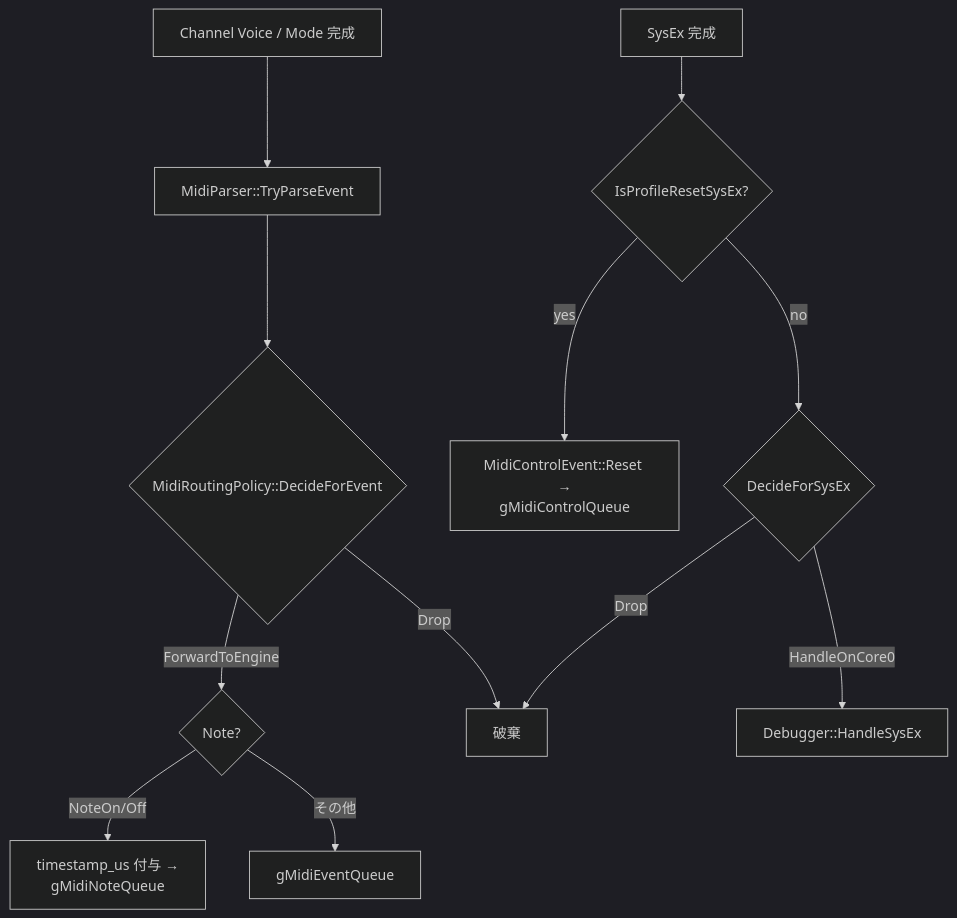
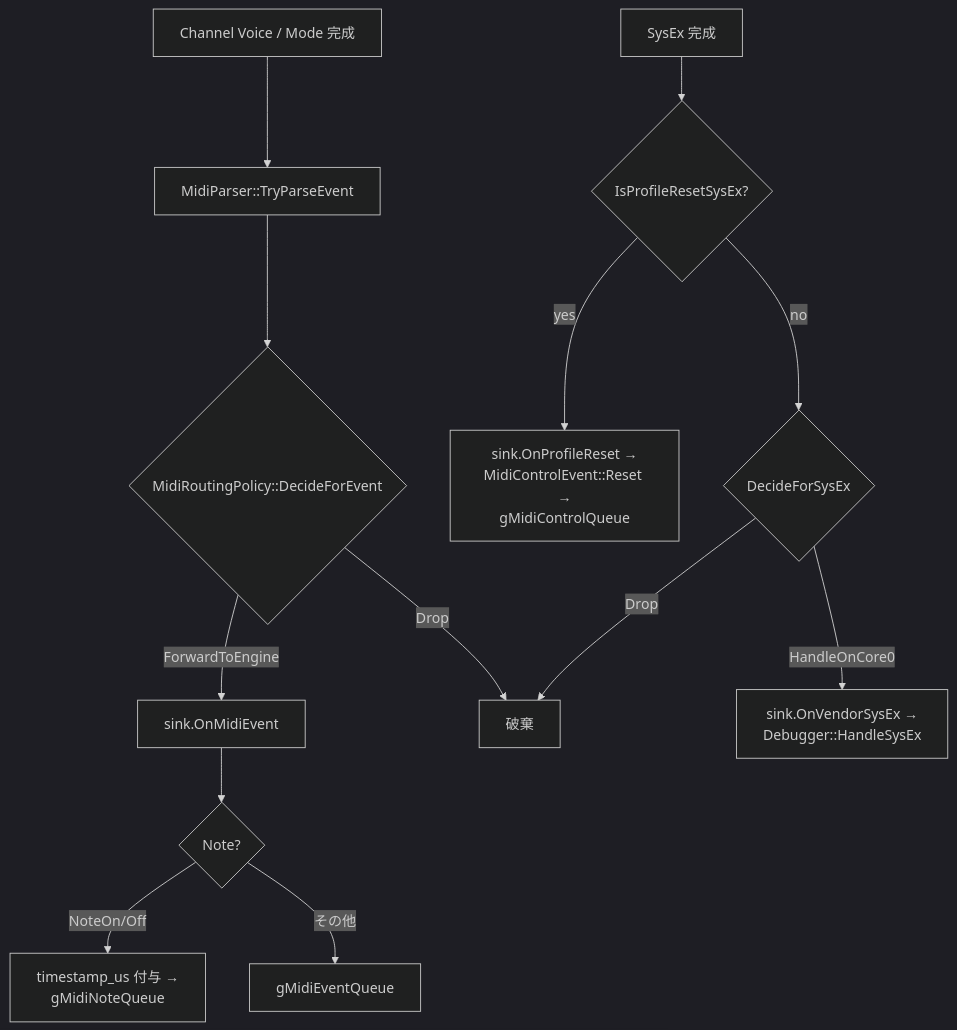
The diagram in doc/design_midi_message.md (46nori/FMSynthEnsembleV3), drawn with Mermaid (dark theme) before and after one commit. The commit also changed other lines of this file and 42 other files, not shown here.

````diff
--- a/doc/design_midi_message.md
+++ b/doc/design_midi_message.md
@@ -155,15 +180,16 @@
 ```mermaid
 flowchart TD
     A["Channel Voice / Mode 完成"] --> B["MidiParser::TryParseEvent"]
     B --> C{"MidiRoutingPolicy::DecideForEvent"}
-    C -- ForwardToEngine --> D{"Note?"}
-    D -- NoteOn/Off --> E["timestamp_us 付与 →<br>gMidiNoteQueue"]
-    D -- その他 --> F["gMidiEventQueue"]
+    C -- ForwardToEngine --> D["sink.OnMidiEvent"]
+    D --> D2{"Note?"}
+    D2 -- NoteOn/Off --> E["timestamp_us 付与 →<br>gMidiNoteQueue"]
+    D2 -- その他 --> F["gMidiEventQueue"]
     C -- Drop --> G["破棄"]
 
     H["SysEx 完成"] --> I{"IsProfileResetSysEx?"}
-    I -- yes --> J["MidiControlEvent::Reset →<br>gMidiControlQueue"]
+    I -- yes --> J["sink.OnProfileReset →<br>MidiControlEvent::Reset →<br>gMidiControlQueue"]
     I -- no --> K{"DecideForSysEx"}
-    K -- HandleOnCore0 --> L["Debugger::HandleSysEx"]
+    K -- HandleOnCore0 --> L["sink.OnVendorSysEx →<br>Debugger::HandleSysEx"]
     K -- Drop --> G
 ```
````
